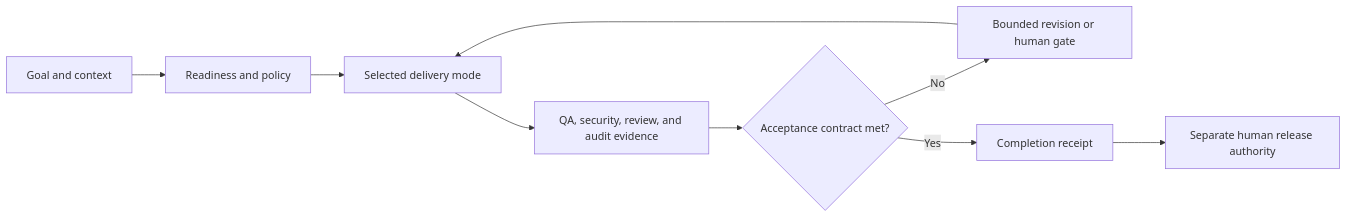
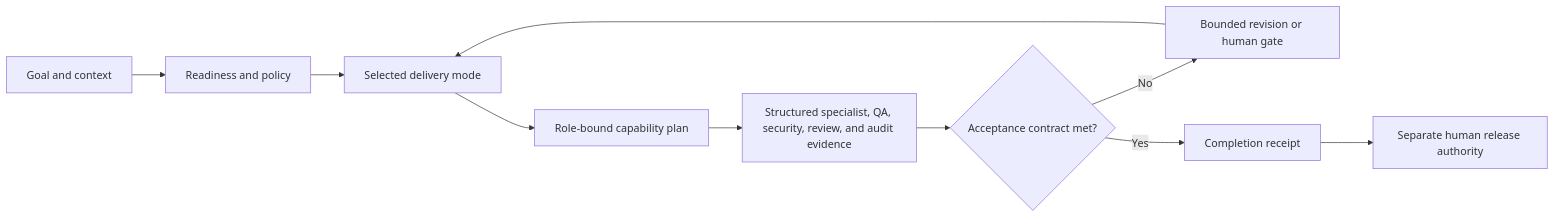
The first of 2 diagrams in README.md (JarodFroneman/jstack), drawn with Mermaid before and after one commit. The commit also changed other lines of this file and 71 other files, not shown here.

Commit message:
feat: add role-bound specialist capabilities

````diff
--- a/README.md
+++ b/README.md
@@ -80,11 +99,12 @@
 ```mermaid
 flowchart LR
     A[Goal and context] --> B[Readiness and policy]
     B --> C[Selected delivery mode]
-    C --> D[QA, security, review, and audit evidence]
+    C --> K[Role-bound capability plan]
+    K --> D[Structured specialist, QA, security, review, and audit evidence]
     D --> E{Acceptance contract met?}
     E -- No --> F[Bounded revision or human gate]
     F --> C
     E -- Yes --> G[Completion receipt]
     G --> H[Separate human release authority]
 ```
````
